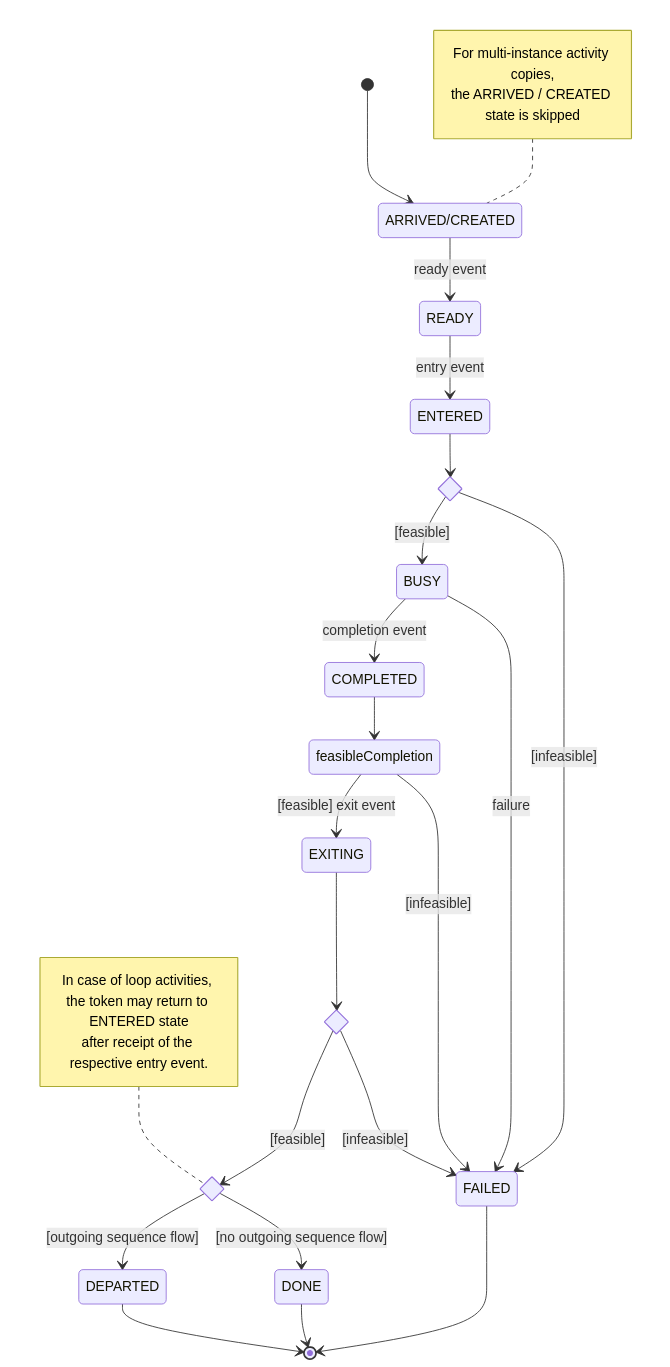
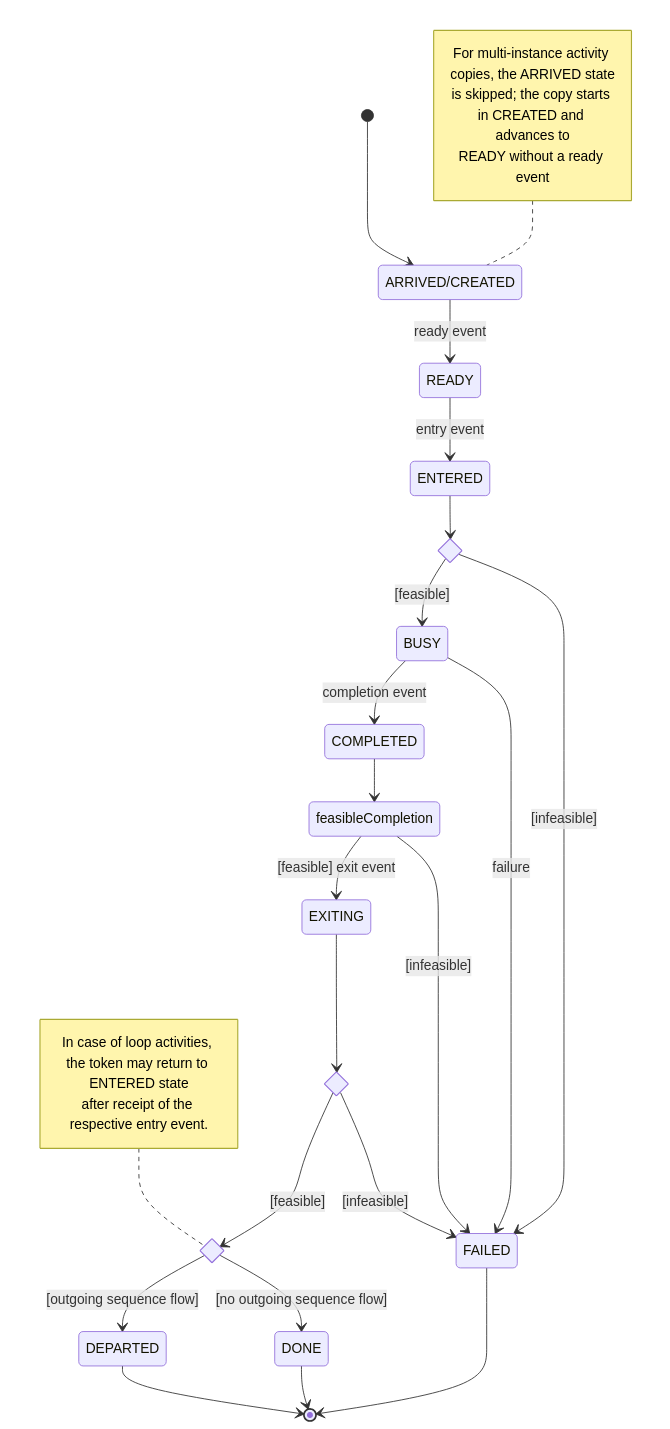
Before and after one commit to bpmn-os/bpmnos-engine: the diagram in docs/md/logic/token_flow_logic_tasks.md, drawn with Mermaid. The commit also changed 4 other files, not shown here.

```diff
--- a/docs/md/logic/token_flow_logic_tasks.md
+++ b/docs/md/logic/token_flow_logic_tasks.md
@@ -13,33 +13,34 @@
 <pre class="mermaid">
 stateDiagram-v2
     state feasibleEntry <<choice>>
     state feasibleExit <<choice>>
     state departure <<choice>>
     [*] --> ARRIVED/CREATED
     note left of ARRIVED/CREATED
-      For multi-instance activity copies,
-      the ARRIVED / CREATED state is skipped
+      For multi-instance activity copies, the ARRIVED state
+      is skipped; the copy starts in CREATED and advances to
+      READY without a ready event
     end note
     ARRIVED/CREATED --> READY: ready event
     READY --> ENTERED: entry event
     ENTERED --> feasibleEntry
     feasibleEntry --> BUSY: [feasible]
     feasibleEntry --> FAILED: [infeasible]
     BUSY --> COMPLETED: completion event
     BUSY --> FAILED: failure
     COMPLETED --> feasibleCompletion
     feasibleCompletion --> EXITING: [feasible] exit event
     feasibleCompletion --> FAILED: [infeasible]
     EXITING --> feasibleExit
     feasibleExit --> departure: [feasible]
     note left of departure
       In case of loop activities, the token may return to ENTERED state
       after receipt of the respective entry event.
     end note
     feasibleExit --> FAILED: [infeasible]
     departure --> DEPARTED: [outgoing sequence flow]
     departure --> DONE: [no outgoing sequence flow]
     DEPARTED --> [*]
     DONE --> [*]
     FAILED --> [*]
 </pre>
```
